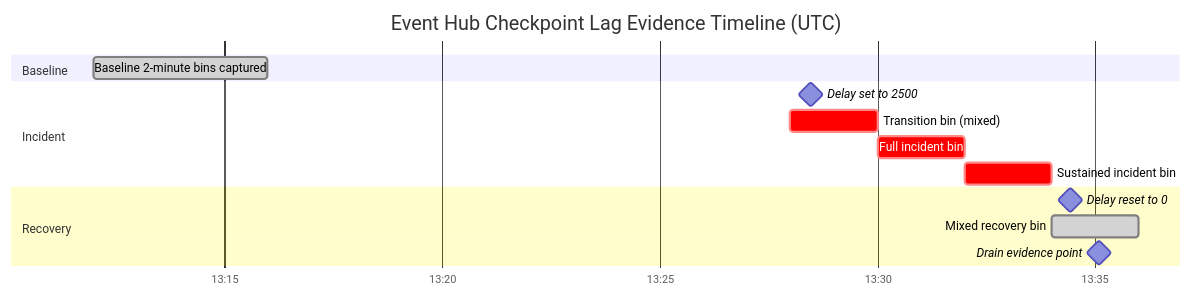
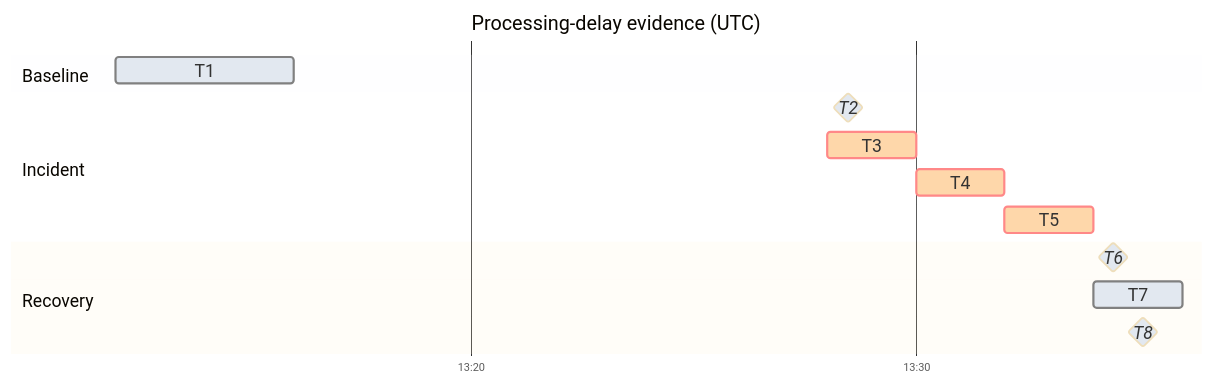
Before and after one commit to yeongseon/azure-functions-practical-guide: the fifth of 5 diagrams in docs/troubleshooting/lab-guides/event-hub-checkpoint-lag.md, drawn with Mermaid. The commit also changed other lines of this file and 1 other file, not shown here.

First line of the commit message:
docs(diagrams): migrate Functions lab messaging and triggers — event hub checkpoint lag (#435)

````diff
--- a/docs/troubleshooting/lab-guides/event-hub-checkpoint-lag.md
+++ b/docs/troubleshooting/lab-guides/event-hub-checkpoint-lag.md
@@ -929,17 +964,21 @@
 ```mermaid
+%%{init: {"gantt":{"fontSize":16,"sectionFontSize":16,"leftPadding":95,"rightPadding":35,"barHeight":24,"barGap":10},"theme":"base","themeVariables":{"doneTaskBkgColor":"#e2e8f0","critBkgColor":"#fed7aa","taskBkgColor":"#e2e8f0"},"themeCSS":".grid .tick text{font-size:16px;fill:var(--md-default-fg-color);} .section{opacity:0;} .titleText{font-size:14px;fill:var(--md-default-fg-color);} .sectionTitle{fill:var(--md-default-fg-color);} .taskTextOutsideLeft,.taskTextOutsideRight{fill:var(--md-default-fg-color)!important;} .taskText{fill:#14202e!important;}"}}%%
 gantt
-    title Event Hub Checkpoint Lag Evidence Timeline (UTC)
+    accTitle: Historical processing-delay evidence timeline
+    accDescr: UTC baseline, incident and recovery bins and delay-control milestones from the retained execution ledger. Short task keys are expanded below. All original start times, durations and statuses remain; this is not new Azure validation or a checkpoint-lag measurement.
+    title Processing-delay evidence (UTC)
     dateFormat  HH:mm:ss
     axisFormat  %H:%M
+    tickInterval 10minute
     section Baseline
-    Baseline 2-minute bins captured              :done, b1, 13:12:00, 4m
+    T1                                          :done, b1, 13:12:00, 4m
     section Incident
-    Delay set to 2500                            :milestone, i0, 13:28:29, 0s
-    Transition bin (mixed)                       :crit, i1, 13:28:00, 2m
-    Full incident bin                            :crit, i2, 13:30:00, 2m
-    Sustained incident bin                        :crit, i3, 13:32:00, 2m
+    T2                                          :milestone, i0, 13:28:29, 0s
+    T3                                          :crit, i1, 13:28:00, 2m
+    T4                                          :crit, i2, 13:30:00, 2m
+    T5                                          :crit, i3, 13:32:00, 2m
     section Recovery
-    Delay reset to 0                             :milestone, r0, 13:34:26, 0s
-    Mixed recovery bin                            :done, r1, 13:34:00, 2m
-    Drain evidence point                          :milestone, r2, 13:35:06, 0s
+    T6                                          :milestone, r0, 13:34:26, 0s
+    T7                                          :done, r1, 13:34:00, 2m
+    T8                                          :milestone, r2, 13:35:06, 0s
 ```
````
